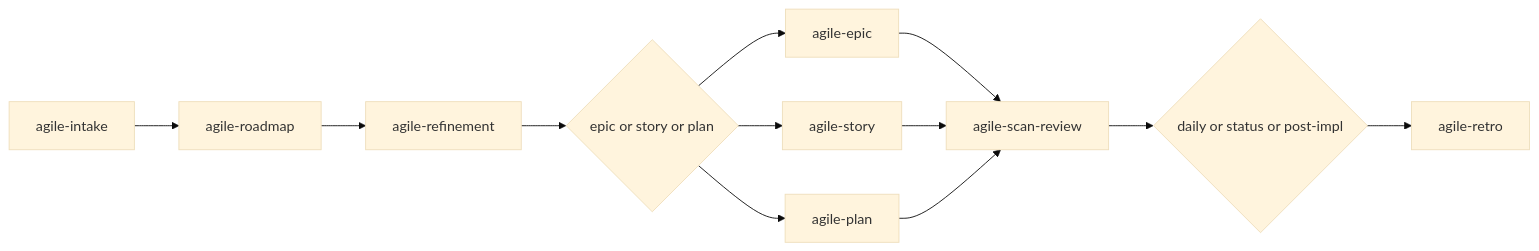
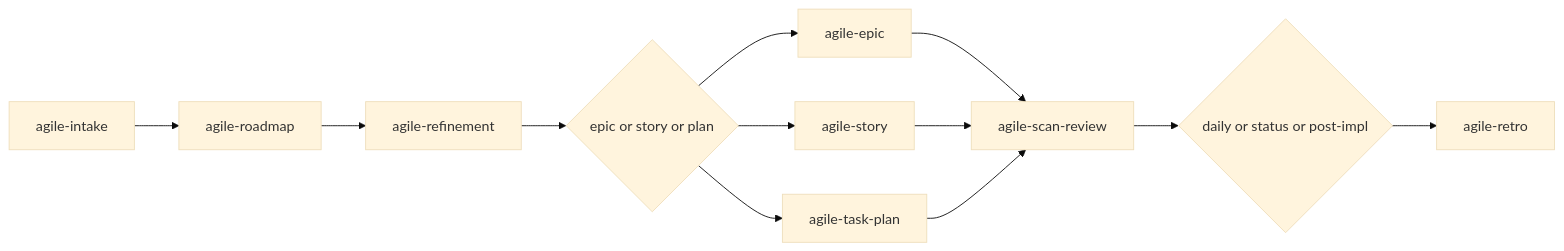
The diagram in skills/agile-onboarding/README.md (djalmajr/essential-skills), drawn with Mermaid (base theme) before and after one commit. The commit also changed other lines of this file and 29 other files, not shown here.

First line of the commit message:
Rename agile-plan to agile-task-plan, remove all sizing codes

````diff
--- a/skills/agile-onboarding/README.md
+++ b/skills/agile-onboarding/README.md
@@ -71,14 +71,14 @@
 ```mermaid
 flowchart LR
     A[agile-intake] --> B[agile-roadmap]
     B --> C[agile-refinement]
     C --> D{epic or story or plan}
     D --> E[agile-epic]
     D --> F[agile-story]
-    D --> G[agile-plan]
+    D --> G[agile-task-plan]
     E --> H[agile-scan-review]
     F --> H
     G --> H
     H --> I{daily or status or post-impl}
     I --> J[agile-retro]
 ```
````
